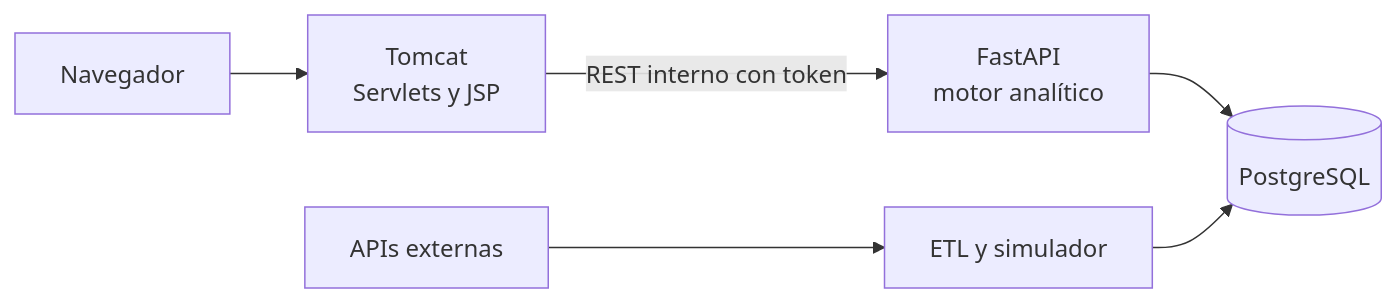
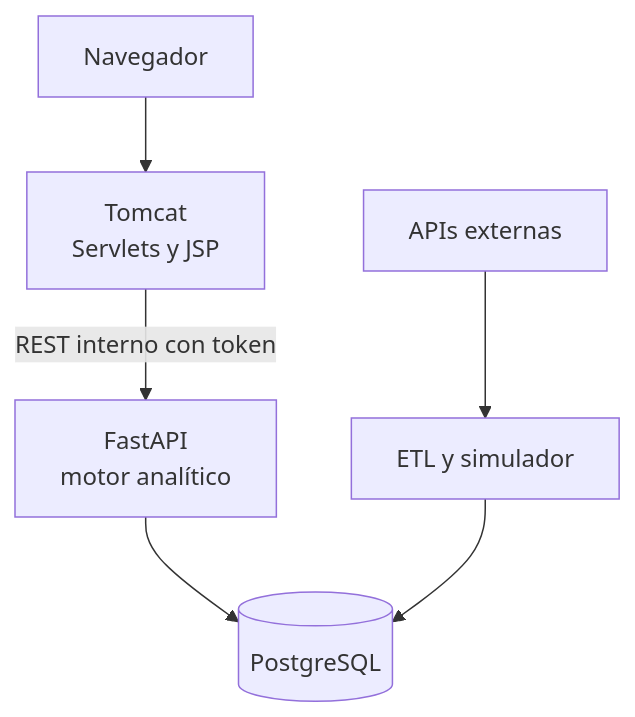
One commit to Jhatdzarhy/G19X-TESOEM-PJPG-877-ACADEMIC changed the diagram in README.md. Above: the diagram before and after it, drawn with Mermaid.

Commit message:
docs(readme): dibujar el diagrama de arquitectura de arriba hacia abajo para que GitHub no tape PostgreSQL

````diff
--- a/README.md
+++ b/README.md
@@ -49,8 +49,8 @@
 ```mermaid
-flowchart LR
+flowchart TB
     N[Navegador] --> T["Tomcat<br/>Servlets y JSP"]
     T -- "REST interno con token" --> F["FastAPI<br/>motor analítico"]
     F --> P[("PostgreSQL")]
     E["ETL y simulador"] --> P
     A["APIs externas"] --> E
 ```
````
